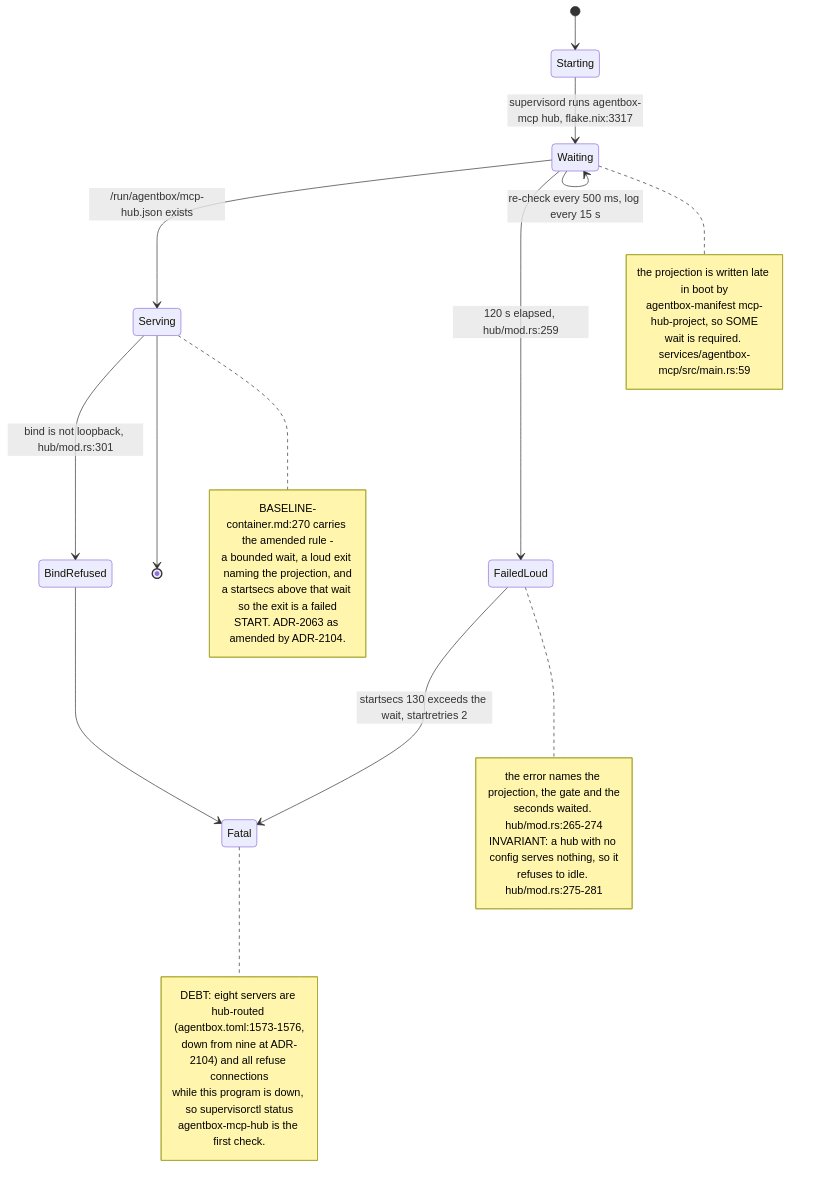
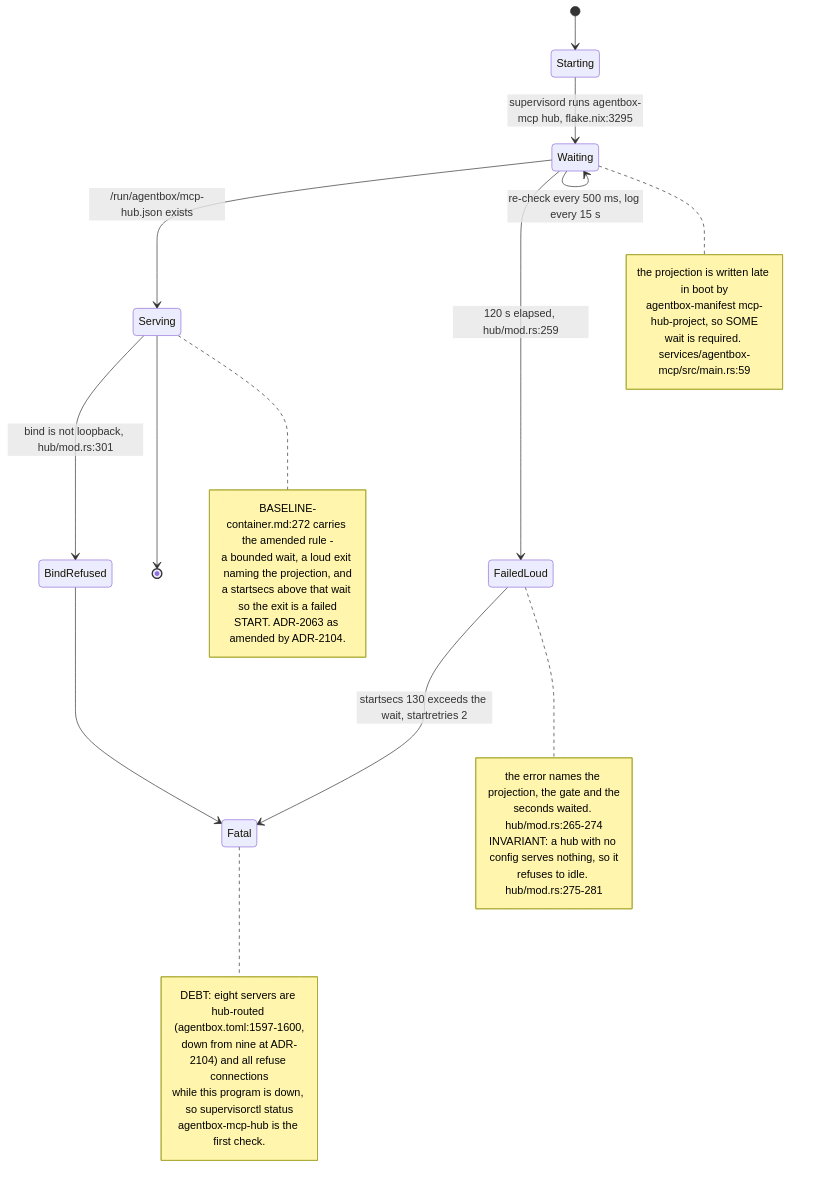
One commit to DreamLab-AI/VisionFlow changed the seventh of 7 diagrams in docs/diagrams/agentbox/09-mcp-servers-catalogue.md. Above: the diagram before and after it, drawn with Mermaid. The commit also changed other lines of this file and 145 other files, not shown here.

````diff
--- a/docs/diagrams/agentbox/09-mcp-servers-catalogue.md
+++ b/docs/diagrams/agentbox/09-mcp-servers-catalogue.md
@@ -224,35 +224,35 @@
 ```mermaid
 stateDiagram-v2
     [*] --> Starting
-    Starting --> Waiting : supervisord runs agentbox-mcp hub, flake.nix:3317
+    Starting --> Waiting : supervisord runs agentbox-mcp hub, flake.nix:3295
     Waiting --> Serving : /run/agentbox/mcp-hub.json exists
     Waiting --> Waiting : re-check every 500 ms, log every 15 s
     Waiting --> FailedLoud : 120 s elapsed, hub/mod.rs:259
     Serving --> BindRefused : bind is not loopback, hub/mod.rs:301
     FailedLoud --> Fatal : startsecs 130 exceeds the wait, startretries 2
     BindRefused --> Fatal
     Serving --> [*]
     note right of Waiting
         the projection is written late in boot by
         agentbox-manifest mcp-hub-project, so SOME
         wait is required. services/agentbox-mcp/src/main.rs:59
     end note
     note right of FailedLoud
         the error names the projection, the gate and the
         seconds waited. hub/mod.rs:265-274
         INVARIANT: a hub with no config serves nothing, so it
         refuses to idle. hub/mod.rs:275-281
     end note
     note right of Serving
-        BASELINE-container.md:270 carries the amended rule -
+        BASELINE-container.md:272 carries the amended rule -
         a bounded wait, a loud exit naming the projection, and
         a startsecs above that wait so the exit is a failed
         START. ADR-2063 as amended by ADR-2104.
     end note
     note right of Fatal
-        DEBT: eight servers are hub-routed (agentbox.toml:1573-1576,
+        DEBT: eight servers are hub-routed (agentbox.toml:1597-1600,
         down from nine at ADR-2104) and all refuse connections
         while this program is down, so supervisorctl status
         agentbox-mcp-hub is the first check.
     end note
 ```
````
